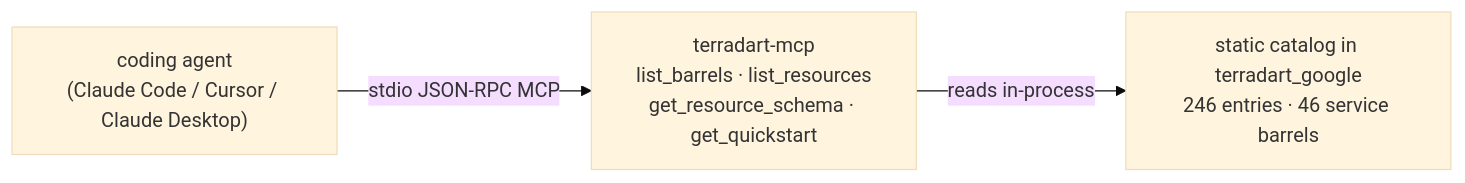
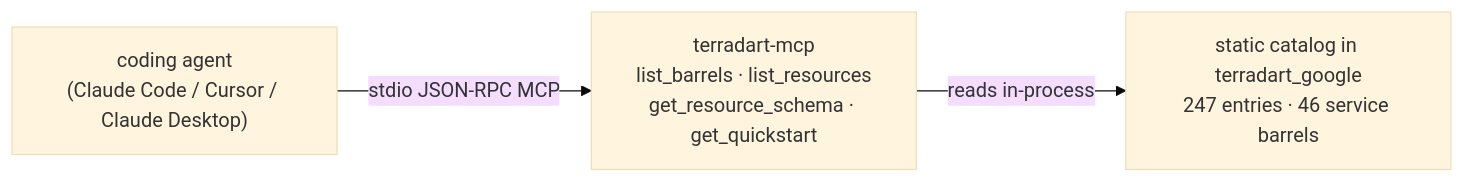
Before and after one commit to nozomi-koborinai/terradart: the diagram in website/src/content/docs/docs/agent/index.md, drawn with Mermaid (base theme). The commit also changed other lines of this file and 23 other files, not shown here.

````diff
--- a/website/src/content/docs/docs/agent/index.md
+++ b/website/src/content/docs/docs/agent/index.md
@@ -12,8 +12,8 @@
 ```mermaid
 graph LR
   agent["coding agent<br/>(Claude Code / Cursor / Claude Desktop)"]
   mcp["terradart-mcp<br/>list_barrels · list_resources<br/>get_resource_schema · get_quickstart"]
-  catalog["static catalog in terradart_google<br/>246 entries · 46 service barrels"]
+  catalog["static catalog in terradart_google<br/>247 entries · 46 service barrels"]
   agent -->|stdio JSON-RPC MCP| mcp
   mcp -->|reads in-process| catalog
 ```
````
